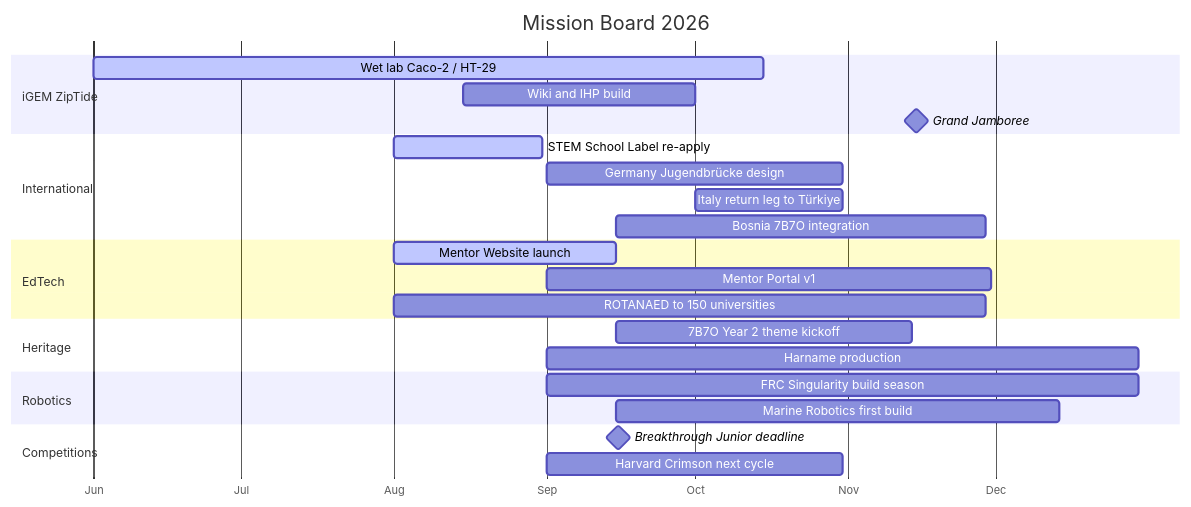
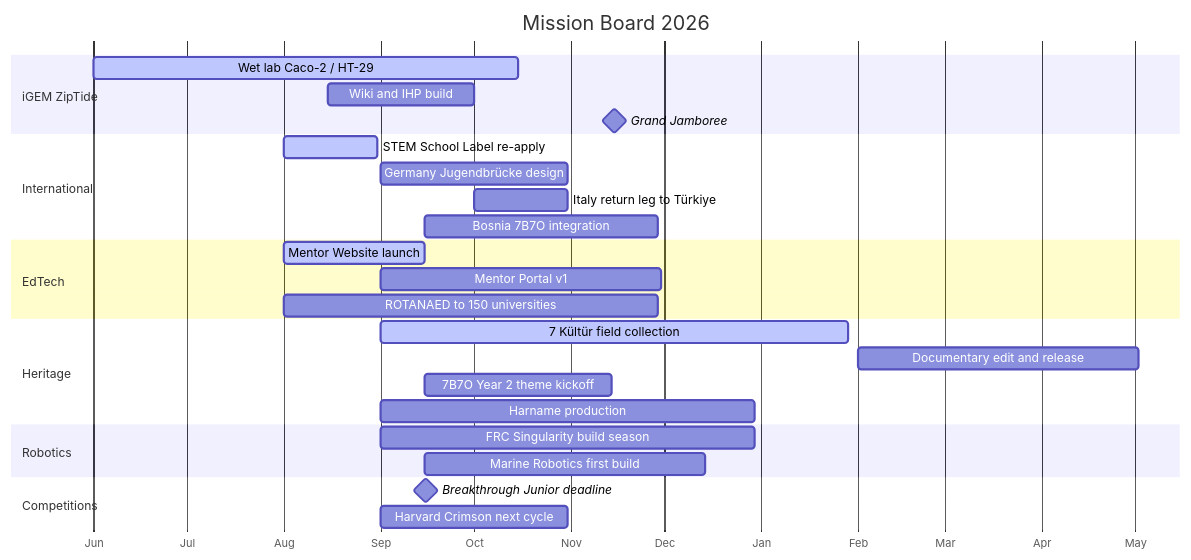
Before and after one commit to ByX0000/ByX0000: the third of 3 diagrams in README.md, drawn with Mermaid. The commit also changed other lines of this file, not shown here.

````diff
--- a/README.md
+++ b/README.md
@@ -623,34 +650,36 @@
 ```mermaid
 gantt
     title Mission Board 2026
     dateFormat YYYY-MM-DD
     axisFormat %b
 
     section iGEM ZipTide
     Wet lab Caco-2 / HT-29        :active, lab, 2026-06-01, 2026-10-15
     Wiki and IHP build            :wiki, 2026-08-15, 2026-10-01
     Grand Jamboree                :milestone, jam, 2026-11-13, 4d
 
     section International
     STEM School Label re-apply    :active, stem, 2026-08-01, 30d
     Germany Jugendbrücke design   :de, 2026-09-01, 60d
     Italy return leg to Türkiye   :it, 2026-10-01, 30d
     Bosnia 7B7O integration       :ba, 2026-09-15, 75d
 
     section EdTech
     Mentor Website launch         :active, mw, 2026-08-01, 45d
     Mentor Portal v1              :mp, 2026-09-01, 90d
     ROTANAED to 150 universities  :rot, 2026-08-01, 120d
 
     section Heritage
+    7 Kültür field collection     :active, sfc, 2026-09-01, 150d
+    Documentary edit and release  :doc, 2027-02-01, 90d
     7B7O Year 2 theme kickoff     :y2, 2026-09-15, 60d
     Harname production            :har, 2026-09-01, 120d
 
     section Robotics
     FRC Singularity build season  :frc, 2026-09-01, 120d
     Marine Robotics first build   :mar, 2026-09-15, 90d
 
     section Competitions
     Breakthrough Junior deadline  :milestone, bjc, 2026-09-15, 1d
     Harvard Crimson next cycle    :hcg, 2026-09-01, 60d
 ```
````
